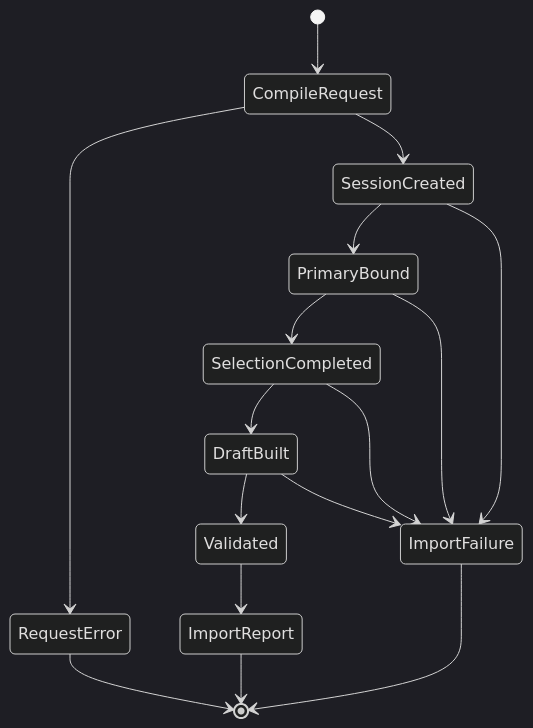
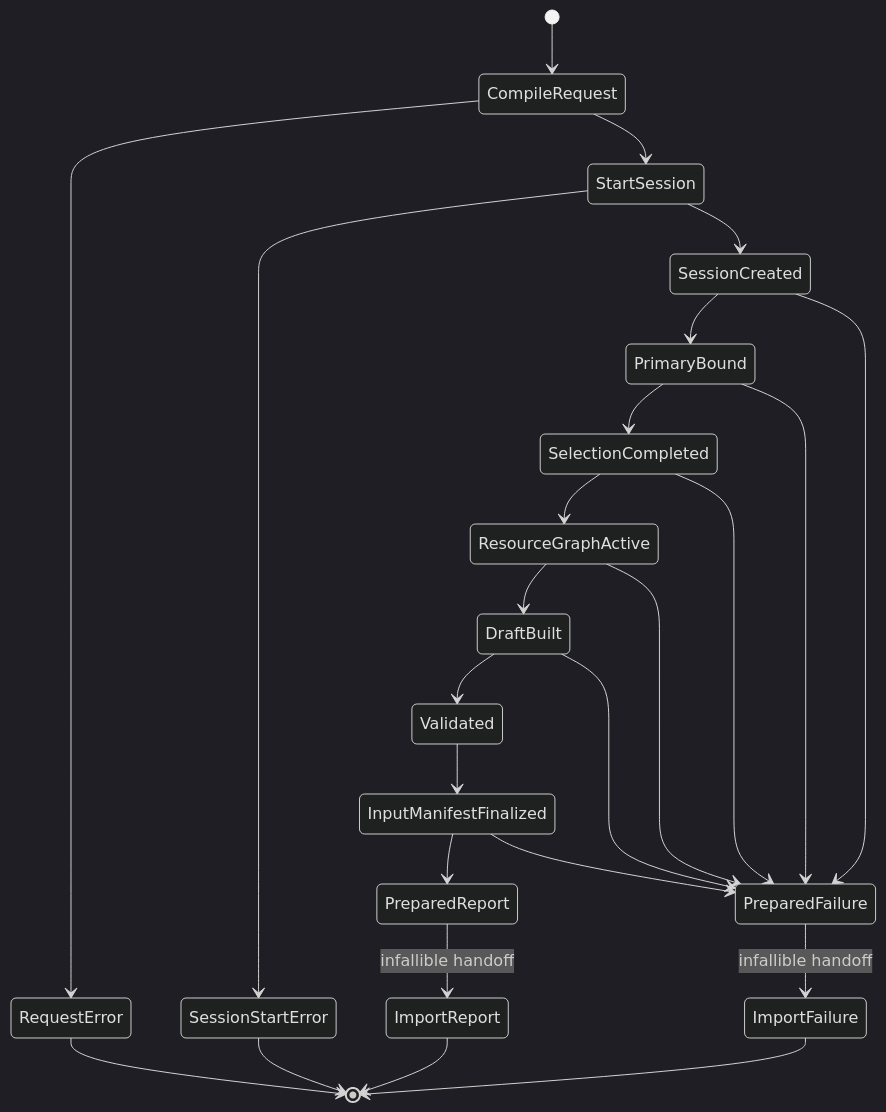
Before and after one commit to Latias94/baozi: the diagram in docs/adr/0020-import-lifecycle-and-report-contract.md, drawn with Mermaid (dark theme). The commit also changed other lines of this file and 15 other files, not shown here.

````diff
--- a/docs/adr/0020-import-lifecycle-and-report-contract.md
+++ b/docs/adr/0020-import-lifecycle-and-report-contract.md
@@ -83,18 +101,27 @@
 ```mermaid
 stateDiagram-v2
     [*] --> CompileRequest
     CompileRequest --> RequestError
-    CompileRequest --> SessionCreated
+    CompileRequest --> StartSession
+    StartSession --> SessionStartError
+    StartSession --> SessionCreated
     SessionCreated --> PrimaryBound
     PrimaryBound --> SelectionCompleted
-    SelectionCompleted --> DraftBuilt
+    SelectionCompleted --> ResourceGraphActive
+    ResourceGraphActive --> DraftBuilt
     DraftBuilt --> Validated
-    Validated --> ImportReport
-    SessionCreated --> ImportFailure
-    PrimaryBound --> ImportFailure
-    SelectionCompleted --> ImportFailure
-    DraftBuilt --> ImportFailure
+    Validated --> InputManifestFinalized
+    InputManifestFinalized --> PreparedReport
+    PreparedReport --> ImportReport: infallible handoff
+    SessionCreated --> PreparedFailure
+    PrimaryBound --> PreparedFailure
+    SelectionCompleted --> PreparedFailure
+    ResourceGraphActive --> PreparedFailure
+    DraftBuilt --> PreparedFailure
+    InputManifestFinalized --> PreparedFailure
+    PreparedFailure --> ImportFailure: infallible handoff
     ImportReport --> [*]
     ImportFailure --> [*]
     RequestError --> [*]
+    SessionStartError --> [*]
 ```
````
